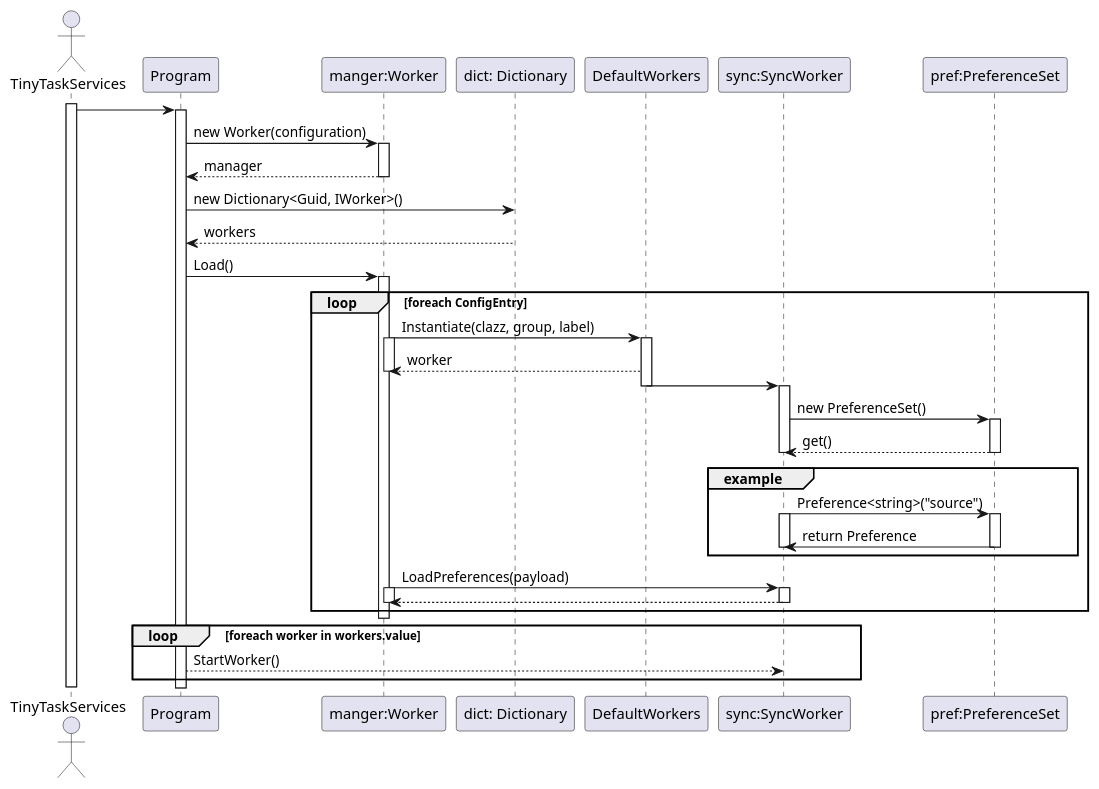
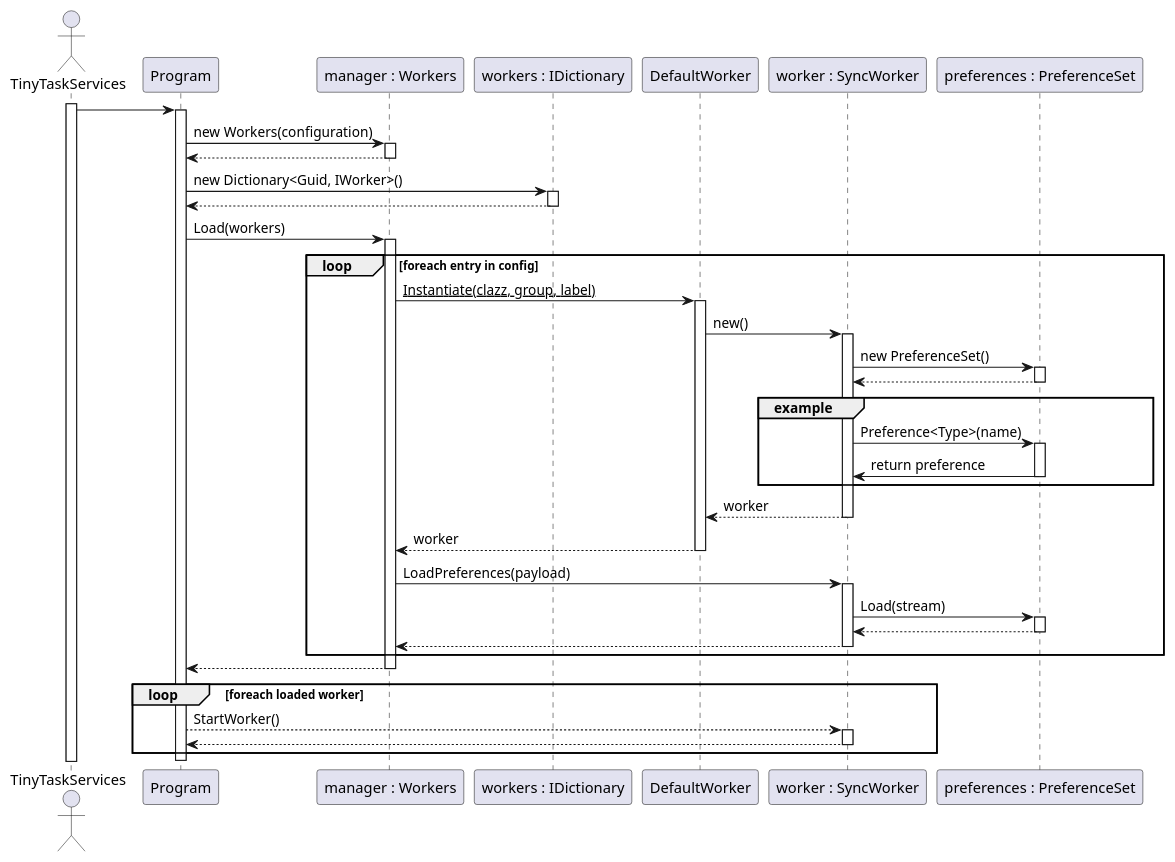
Before and after one commit to Louis9902/Sosse19-SE: the diagram in Diagramme/Sequenz/TinyTasks.puml, drawn with PlantUML. The commit also changed 2 other files, not shown here.

Commit message:
some fixes reagarding squenzdiagram, should fix #3

```diff
--- a/Diagramme/Sequenz/TinyTasks.puml
+++ b/Diagramme/Sequenz/TinyTasks.puml
@@ -1,63 +1,78 @@
-@startuml
+@startuml TinyTasks
 
 actor TinyTaskServices
+
+participant "Program" as program
+participant "manager : Workers" as manager
+participant "workers : IDictionary" as workers
+participant "DefaultWorker" as default 
+participant "worker : SyncWorker" as worker
+participant "preferences : PreferenceSet" as preferences
+
 activate TinyTaskServices
+TinyTaskServices -> program
+activate program
 
-TinyTaskServices -> Program
-activate Program
-
-Program -> "manger:Worker" as manager : new Worker(configuration)
+program -> manager : new Workers(configuration)
 activate manager
-manager -->Program : manager 
+manager --> program
 deactivate manager
 
-Program -> "dict: Dictionary" as dict : new Dictionary<Guid, IWorker>()
-dict --> Program : workers
-deactivate dict
+program -> workers : new Dictionary<Guid, IWorker>()
+activate workers
+workers --> program
+deactivate workers
 
-Program-> manager : Load()
+program-> manager : Load(workers)
 activate manager
-loop foreach ConfigEntry
-manager -> DefaultWorkers : Instantiate(clazz, group, label)
+loop foreach entry in config
 
-activate manager
-activate DefaultWorkers
-DefaultWorkers --> manager: worker
+    manager -> default : <u>Instantiate(clazz, group, label)</u>
+
+    activate default
+    'default --> manager: worker
+    'deactivate default
+    
+    default -> worker : new()
+    activate worker
+
+    worker -> preferences : new PreferenceSet()
+    activate preferences
+    preferences --> worker
+    deactivate preferences
+
+    group example
+        worker -> preferences : Preference<Type>(name)
+        activate preferences
+        preferences -> worker : return preference
+        deactivate preferences
+    end
+
+    worker --> default : worker
+    deactivate worker
+
+    default --> manager : worker
+    deactivate default
+
+    manager -> worker : LoadPreferences(payload)
+    activate worker
+    worker -> preferences : Load(stream)
+    activate preferences
+    preferences --> worker
+    deactivate preferences
+    worker --> manager
+    deactivate worker
+end
+
+manager --> program
 deactivate manager
 
-DefaultWorkers -> "sync:SyncWorker" as sync
-deactivate DefaultWorkers
-activate sync
-
-sync -> "pref:PreferenceSet" as pref : new PreferenceSet()
-activate pref
-pref --> sync : get()
-deactivate pref
-deactivate sync
-
-group example 
-sync -> pref : Preference<string>("source")
-activate sync
-activate pref
-pref->sync : return Preference 
-deactivate sync
-deactivate pref
+loop foreach loaded worker
+    program --> worker : StartWorker()
+    activate worker
+    worker --> program
+    deactivate worker
 end
 
-deactivate DefaultWorkers
-
-manager->sync : LoadPreferences(payload)
-activate manager
-activate sync
-sync --> manager
-deactivate manager
-deactivate sync
-end
-
-deactivate manager
-
-Loop foreach worker in workers.value
-    Program --> sync: StartWorker()   
-end
-deactivate TinyTaskServices
+deactivate program
 @enduml
```
